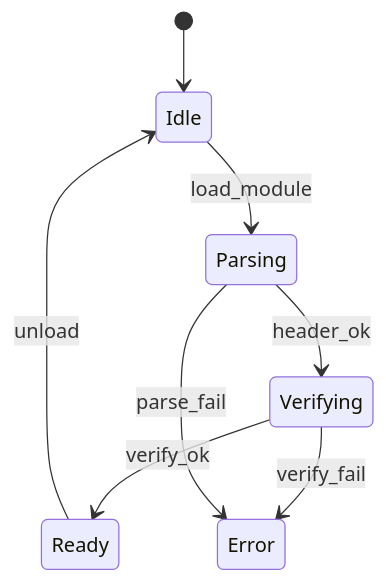
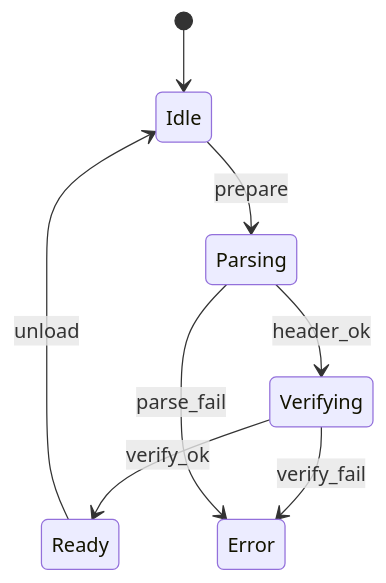
One commit to kmt-t/fireball changed the second of 3 diagrams in docs/components/runtime_loader.md. Above: the diagram before and after it, drawn with Mermaid. The commit also changed other lines of this file and 3 other files, not shown here.

````diff
--- a/docs/components/runtime_loader.md
+++ b/docs/components/runtime_loader.md
@@ -122,10 +122,10 @@
 ```mermaid
 stateDiagram-v2
     [*] --> Idle
-    Idle --> Parsing: load_module
+    Idle --> Parsing: prepare
     Parsing --> Verifying: header_ok
     Verifying --> Ready: verify_ok
     Verifying --> Error: verify_fail
     Parsing --> Error: parse_fail
     Ready --> Idle: unload
 ```
````
